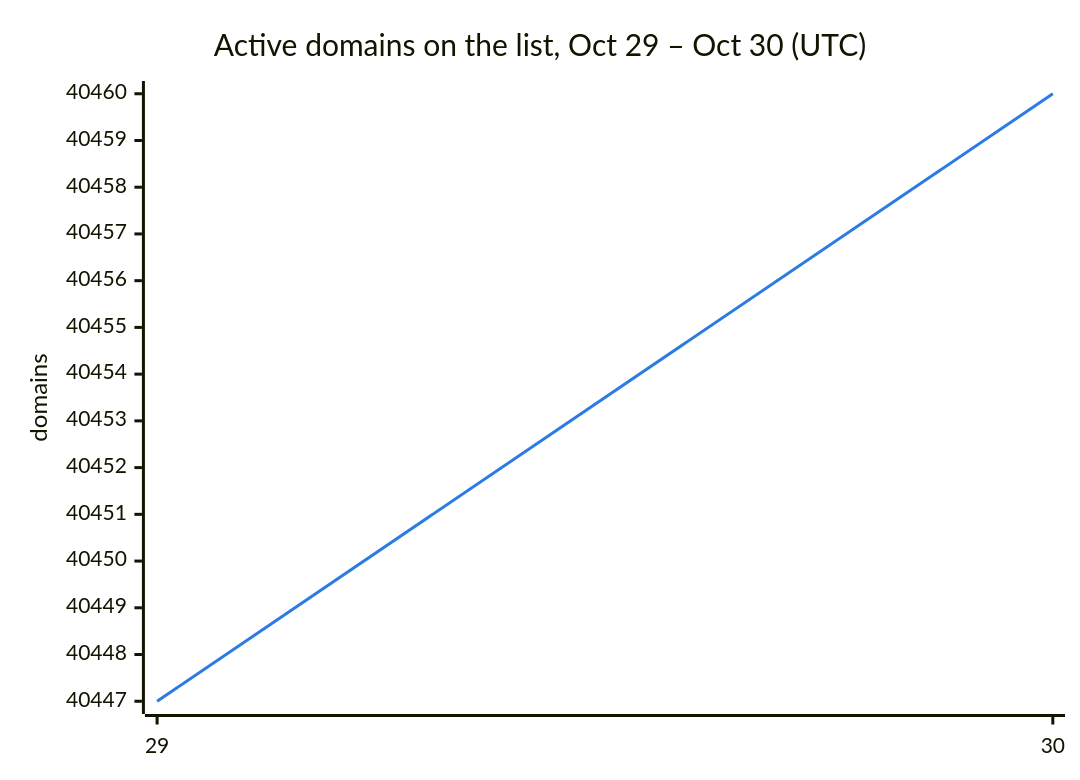
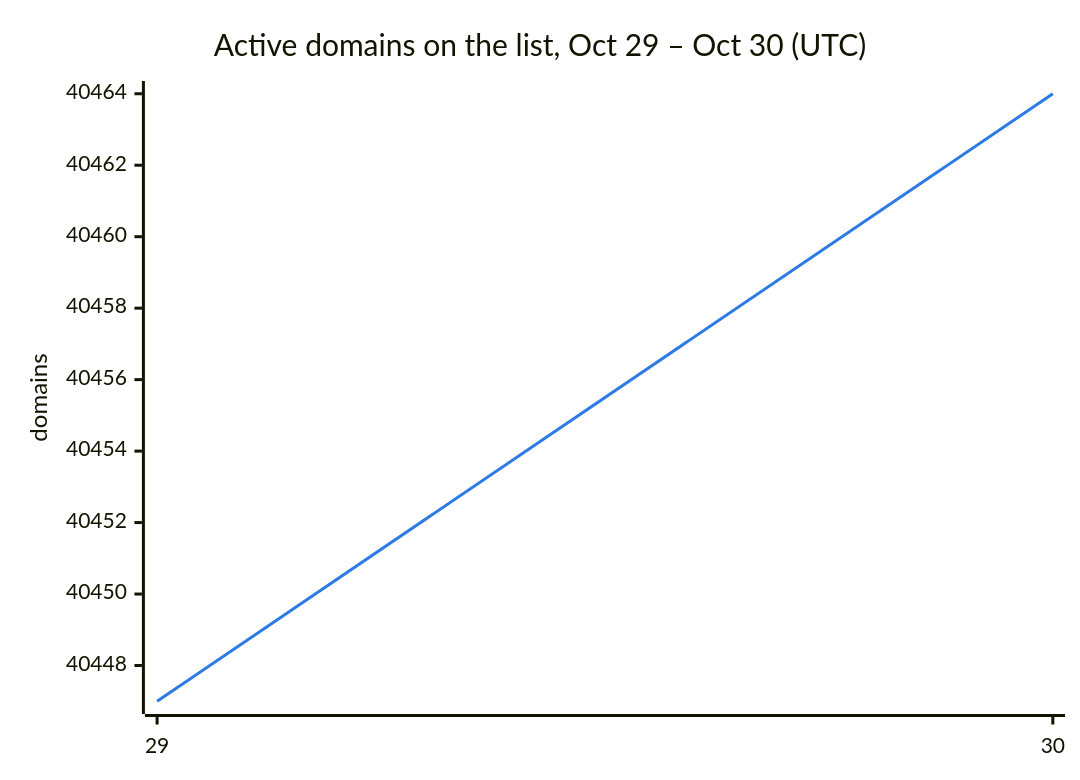
The second of 3 diagrams in README.md (DNSBunker/CTI), drawn with Mermaid before and after one commit. The commit also changed other lines of this file and 3 other files, not shown here.

````diff
--- a/README.md
+++ b/README.md
@@ -38,8 +38,8 @@
 ```mermaid
 %%{init: {"themeVariables": {"xyChart": {"plotColorPalette": "#2c7be5"}}}}%%
 xychart-beta
     title "Active domains on the list, Oct 29 – Oct 30 (UTC)"
     x-axis ["29", "30"]
     y-axis "domains"
-    line [40447, 40460]
+    line [40447, 40464]
 ```
````
